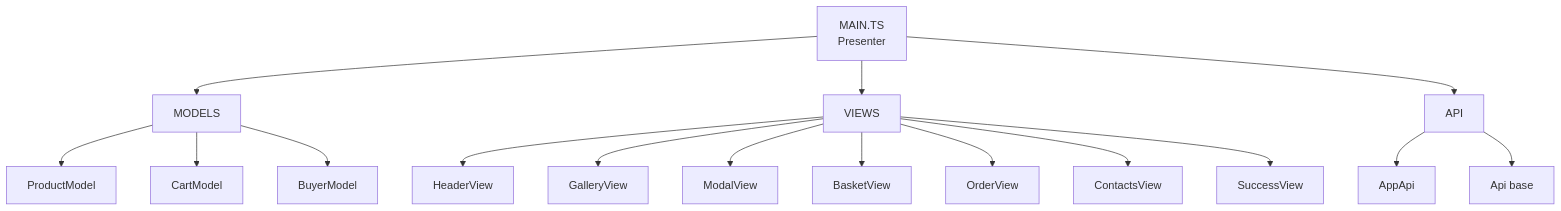
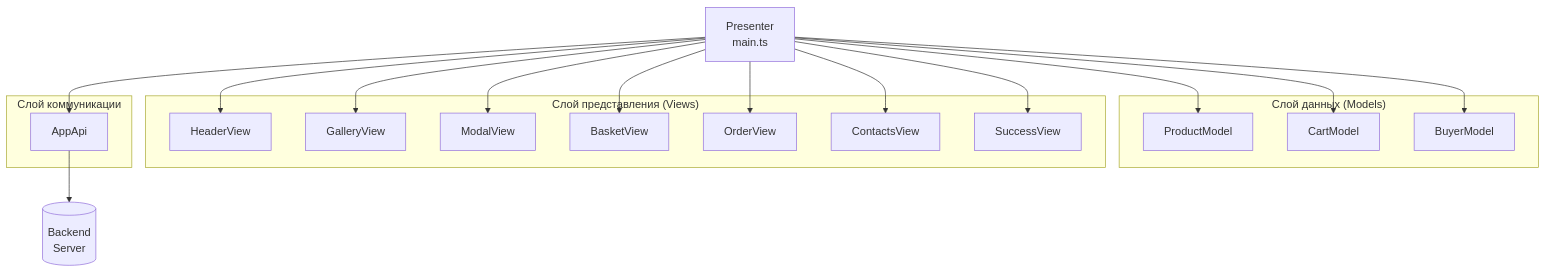
One commit to p-nastasiya/weblarek changed the first of 5 diagrams in README.md. Above: the diagram before and after it, drawn with Mermaid. The commit also changed other lines of this file and 18 other files, not shown here.

````diff
--- a/README.md
+++ b/README.md
@@ -420,21 +420,36 @@
 ```mermaid
 graph TB
-    A[MAIN.TS<br/>Presenter] --> B[MODELS]
-    A --> C[VIEWS]
-    A --> D[API]
+    subgraph "Слой данных (Models)"
+        PM[ProductModel]
+        CM[CartModel]
+        BM[BuyerModel]
+    end
     
-    B --> B1[ProductModel]
-    B --> B2[CartModel]
-    B --> B3[BuyerModel]
+    subgraph "Слой представления (Views)"
+        HV[HeaderView]
+        GV[GalleryView]
+        MV[ModalView]
+        BV[BasketView]
+        OV[OrderView]
+        CV[ContactsView]
+        SV[SuccessView]
+    end
     
-    C --> C1[HeaderView]
-    C --> C2[GalleryView]
-    C --> C3[ModalView]
-    C --> C4[BasketView]
-    C --> C5[OrderView]
-    C --> C6[ContactsView]
-    C --> C7[SuccessView]
+    subgraph "Слой коммуникации"
+        API[AppApi]
+    end
     
-    D --> D1[AppApi]
-    D --> D2[Api base]
+    P[Presenter<br/>main.ts] --> PM
+    P --> CM
+    P --> BM
+    P --> HV
+    P --> GV
+    P --> MV
+    P --> BV
+    P --> OV
+    P --> CV
+    P --> SV
+    P --> API
+    
+    API --> Server[(Backend<br/>Server)]
 ```
````
